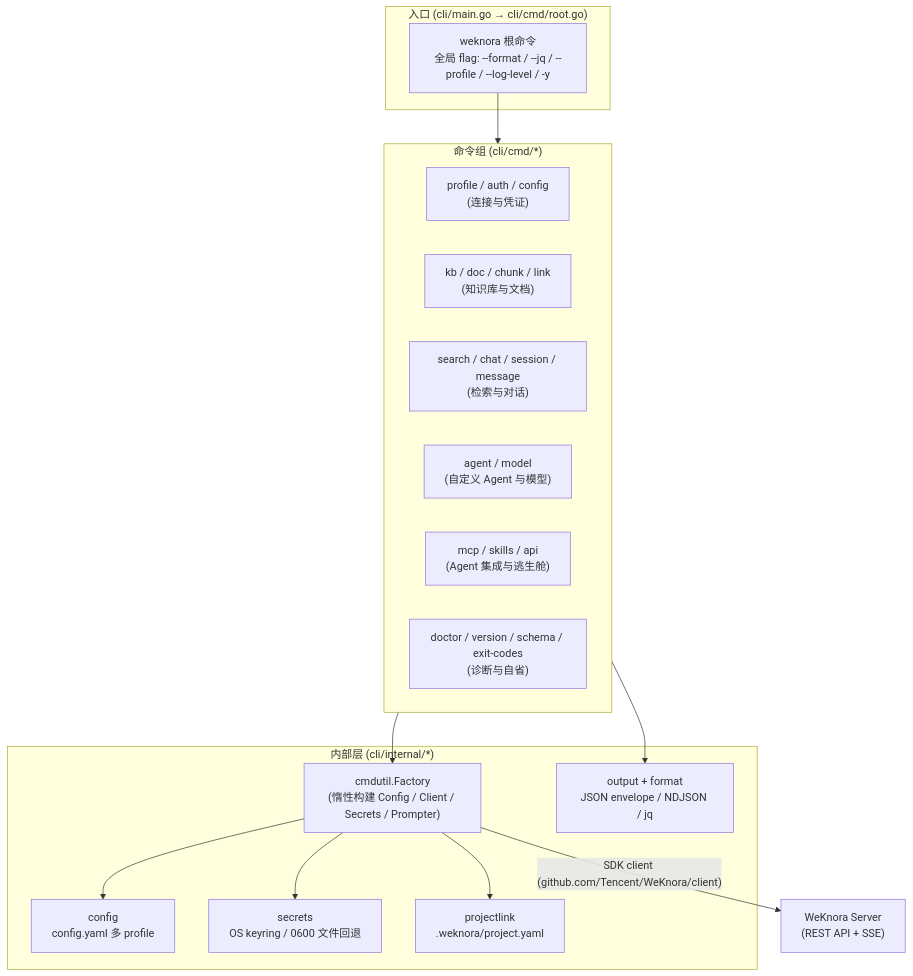
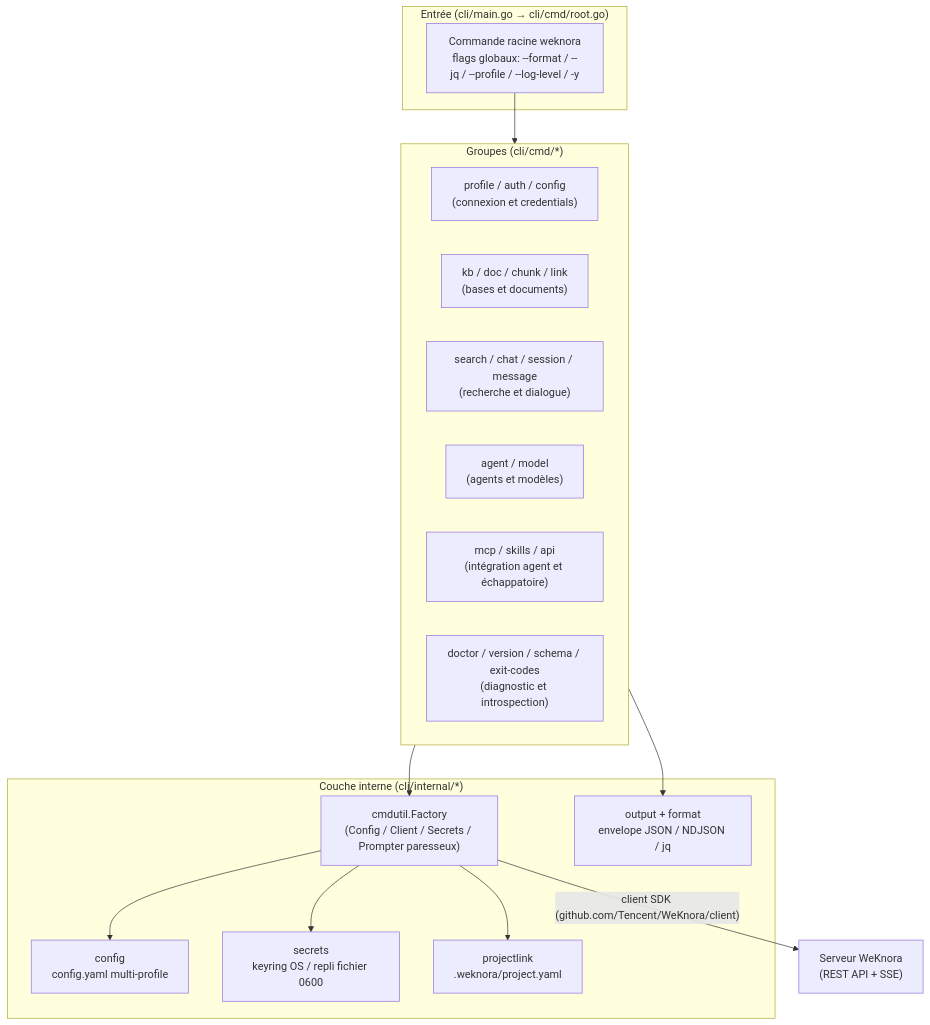
One commit to samiriggui-code/gsms-template changed the diagram in website-docs/05-clients/02-cli.md. Above: the diagram before and after it, drawn with Mermaid. The commit also changed other lines of this file and 301 other files, not shown here.

````diff
--- a/website-docs/05-clients/02-cli.md
+++ b/website-docs/05-clients/02-cli.md
@@ -22,33 +22,33 @@
 ```mermaid
 flowchart TB
-    subgraph entry["入口 (cli/main.go → cli/cmd/root.go)"]
-        R["weknora 根命令<br/>全局 flag: --format / --jq / --profile / --log-level / -y"]
+    subgraph entry["Entrée (cli/main.go → cli/cmd/root.go)"]
+        R["Commande racine weknora<br/>flags globaux: --format / --jq / --profile / --log-level / -y"]
     end
 
-    subgraph groups["命令组 (cli/cmd/*)"]
-        G1["profile / auth / config<br/>(连接与凭证)"]
-        G2["kb / doc / chunk / link<br/>(知识库与文档)"]
-        G3["search / chat / session / message<br/>(检索与对话)"]
-        G4["agent / model<br/>(自定义 Agent 与模型)"]
-        G5["mcp / skills / api<br/>(Agent 集成与逃生舱)"]
-        G6["doctor / version / schema / exit-codes<br/>(诊断与自省)"]
+    subgraph groups["Groupes (cli/cmd/*)"]
+        G1["profile / auth / config<br/>(connexion et credentials)"]
+        G2["kb / doc / chunk / link<br/>(bases et documents)"]
+        G3["search / chat / session / message<br/>(recherche et dialogue)"]
+        G4["agent / model<br/>(agents et modèles)"]
+        G5["mcp / skills / api<br/>(intégration agent et échappatoire)"]
+        G6["doctor / version / schema / exit-codes<br/>(diagnostic et introspection)"]
     end
 
-    subgraph internal["内部层 (cli/internal/*)"]
-        F["cmdutil.Factory<br/>(惰性构建 Config / Client / Secrets / Prompter)"]
-        C["config<br/>config.yaml 多 profile"]
-        S["secrets<br/>OS keyring / 0600 文件回退"]
+    subgraph internal["Couche interne (cli/internal/*)"]
+        F["cmdutil.Factory<br/>(Config / Client / Secrets / Prompter paresseux)"]
+        C["config<br/>config.yaml multi-profile"]
+        S["secrets<br/>keyring OS / repli fichier 0600"]
         P["projectlink<br/>.weknora/project.yaml"]
-        O["output + format<br/>JSON envelope / NDJSON / jq"]
+        O["output + format<br/>envelope JSON / NDJSON / jq"]
     end
 
-    SRV["WeKnora Server<br/>(REST API + SSE)"]
+    SRV["Serveur WeKnora<br/>(REST API + SSE)"]
 
     R --> groups
     groups --> F
     F --> C
     F --> S
     F --> P
     groups --> O
-    F -->|"SDK client (github.com/Tencent/WeKnora/client)"| SRV
+    F -->|"client SDK (github.com/Tencent/WeKnora/client)"| SRV
 ```
````
